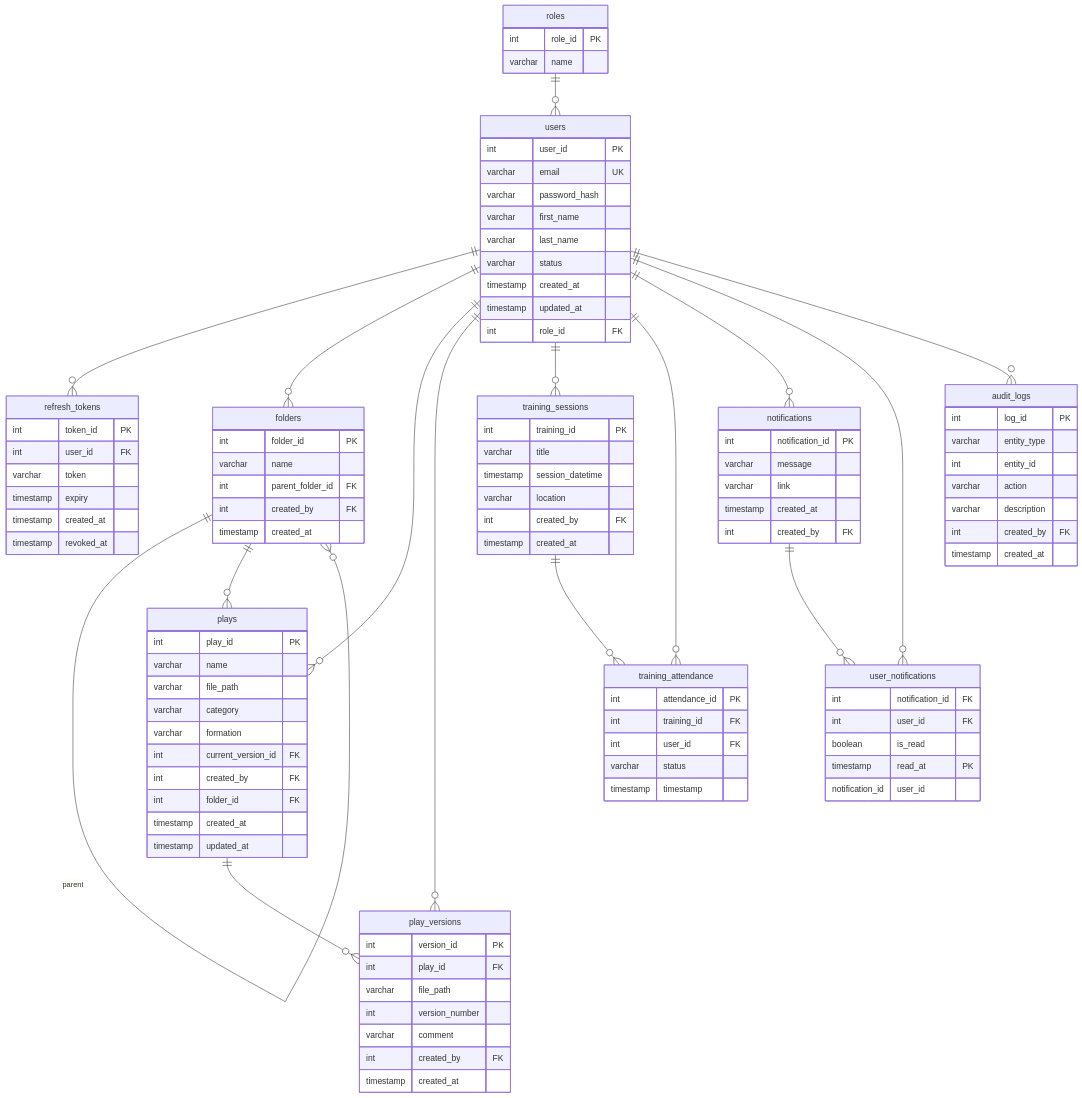
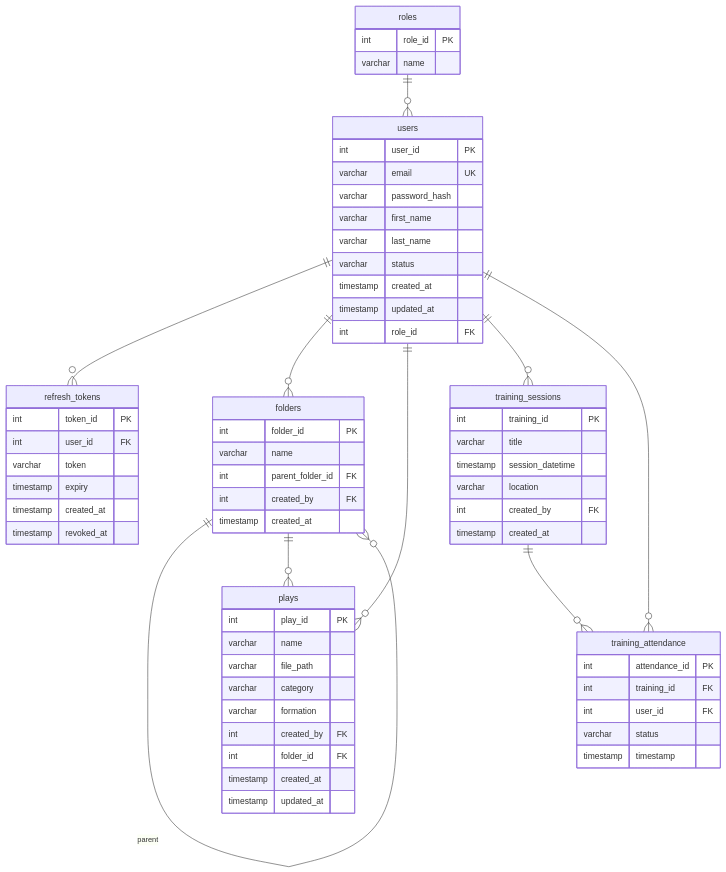
One commit to Z-kk-0/football-website changed the diagram in README.md. Above: the diagram before and after it, drawn with Mermaid.

````diff
--- a/README.md
+++ b/README.md
@@ -65,4 +65,5 @@
 ```mermaid
+
 erDiagram
   roles {
     int role_id PK
@@ -104,21 +105,10 @@
     varchar file_path
     varchar category
     varchar formation
-    int current_version_id FK
     int created_by FK
     int folder_id FK
     timestamp created_at
     timestamp updated_at
-  }
-
-  play_versions {
-    int version_id PK
-    int play_id FK
-    varchar file_path
-    int version_number
-    varchar comment
-    int created_by FK
-    timestamp created_at
   }
 
   training_sessions {
@@ -138,45 +128,14 @@
     timestamp timestamp
   }
 
-  notifications {
-    int notification_id PK
-    varchar message
-    varchar link
-    timestamp created_at
-    int created_by FK
-  }
-
-  user_notifications {
-    int notification_id FK
-    int user_id FK
-    boolean is_read
-    timestamp read_at
-    PK notification_id user_id
-  }
-
-  audit_logs {
-    int log_id PK
-    varchar entity_type
-    int entity_id
-    varchar action
-    varchar description
-    int created_by FK
-    timestamp created_at
-  }
-
   roles ||--o{ users : ""
   users ||--o{ refresh_tokens : ""
   users ||--o{ folders : ""
   folders ||--o{ folders : "parent"
+  folders ||--o{ plays : ""
   users ||--o{ plays : ""
-  folders ||--o{ plays : ""
-  plays ||--o{ play_versions : ""
-  users ||--o{ play_versions : ""
   users ||--o{ training_sessions : ""
   training_sessions ||--o{ training_attendance : ""
   users ||--o{ training_attendance : ""
-  notifications ||--o{ user_notifications : ""
-  users ||--o{ notifications : ""
-  users ||--o{ user_notifications : ""
-  users ||--o{ audit_logs : ""
+
 ```
````
